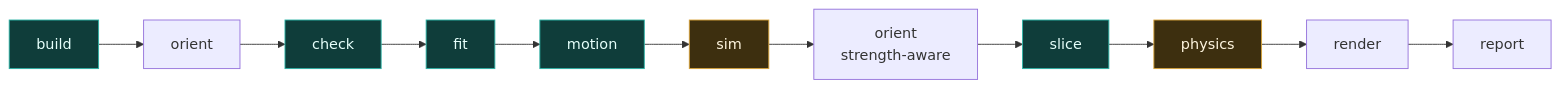
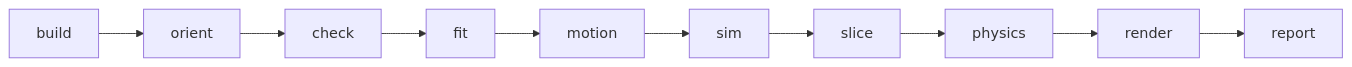
One commit to gopherbone/forge changed the second of 2 diagrams in README.md. Above: the diagram before and after it, drawn with Mermaid. The commit also changed other lines of this file and 4 other files, not shown here.

````diff
--- a/README.md
+++ b/README.md
@@ -47,8 +86,4 @@
 ```mermaid
 flowchart LR
-  build --> orient --> check --> fit --> motion --> sim --> orient2[orient<br/>strength-aware] --> slice --> physics --> render --> report
-  classDef v fill:#0f3d3a,stroke:#2bb3a6,color:#e6fffb
-  classDef e fill:#3d2f0f,stroke:#d9a43a,color:#fff6e0
-  class build,check,fit,motion,slice v
-  class sim,physics e
+  build --> orient --> check --> fit --> motion --> sim --> slice --> physics --> render --> report
 ```
````
